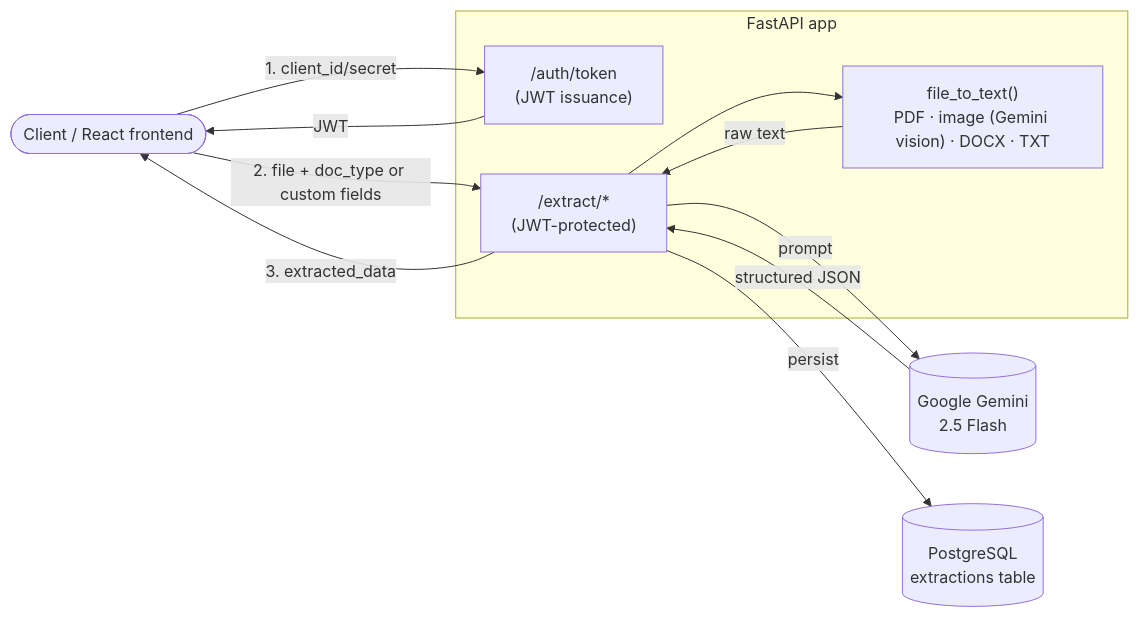
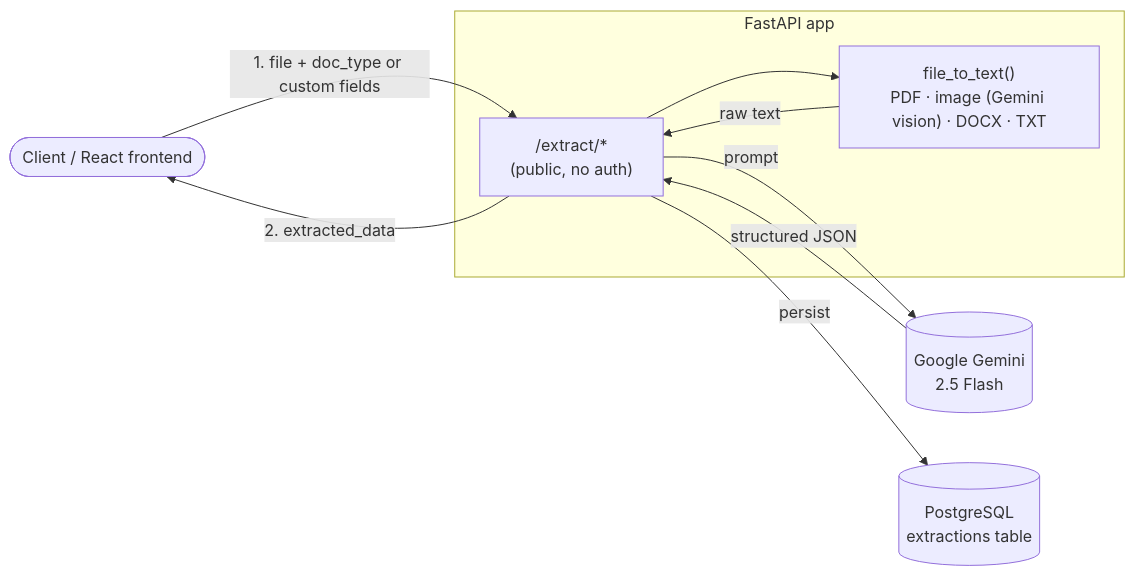
One commit to sassii-code/fintech-sprint-2026 changed the diagram in p1-doc-intelligence/README.md. Above: the diagram before and after it, drawn with Mermaid. The commit also changed other lines of this file and 17 other files, not shown here.

Commit message:
remove auth wall, make DocSense AI a public demo

````diff
--- a/p1-doc-intelligence/README.md
+++ b/p1-doc-intelligence/README.md
@@ -40,23 +39,20 @@
 ```mermaid
 flowchart LR
     Client(["Client / React frontend"])
 
     subgraph API["FastAPI app"]
-        Auth["/auth/token\n(JWT issuance)"]
-        Extract["/extract/*\n(JWT-protected)"]
+        Extract["/extract/*\n(public, no auth)"]
         FileToText["file_to_text()\nPDF · image (Gemini vision) · DOCX · TXT"]
     end
 
     Gemini[("Google Gemini\n2.5 Flash")]
     DB[("PostgreSQL\nextractions table")]
 
-    Client -- "1. client_id/secret" --> Auth
-    Auth -- "JWT" --> Client
-    Client -- "2. file + doc_type or custom fields" --> Extract
+    Client -- "1. file + doc_type or custom fields" --> Extract
     Extract --> FileToText
     FileToText -- "raw text" --> Extract
     Extract -- "prompt" --> Gemini
     Gemini -- "structured JSON" --> Extract
     Extract -- "persist" --> DB
-    Extract -- "3. extracted_data" --> Client
+    Extract -- "2. extracted_data" --> Client
 ```
````
